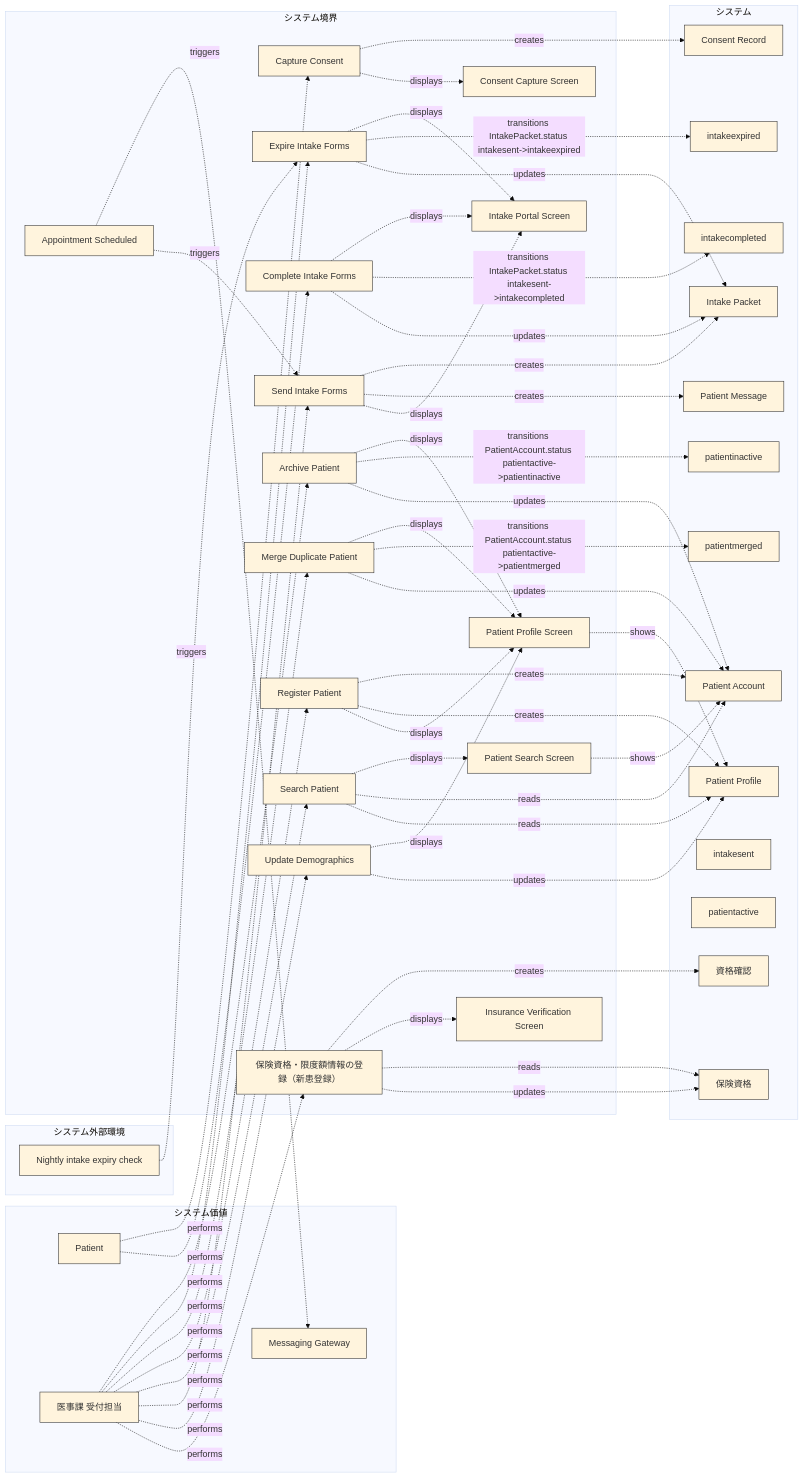
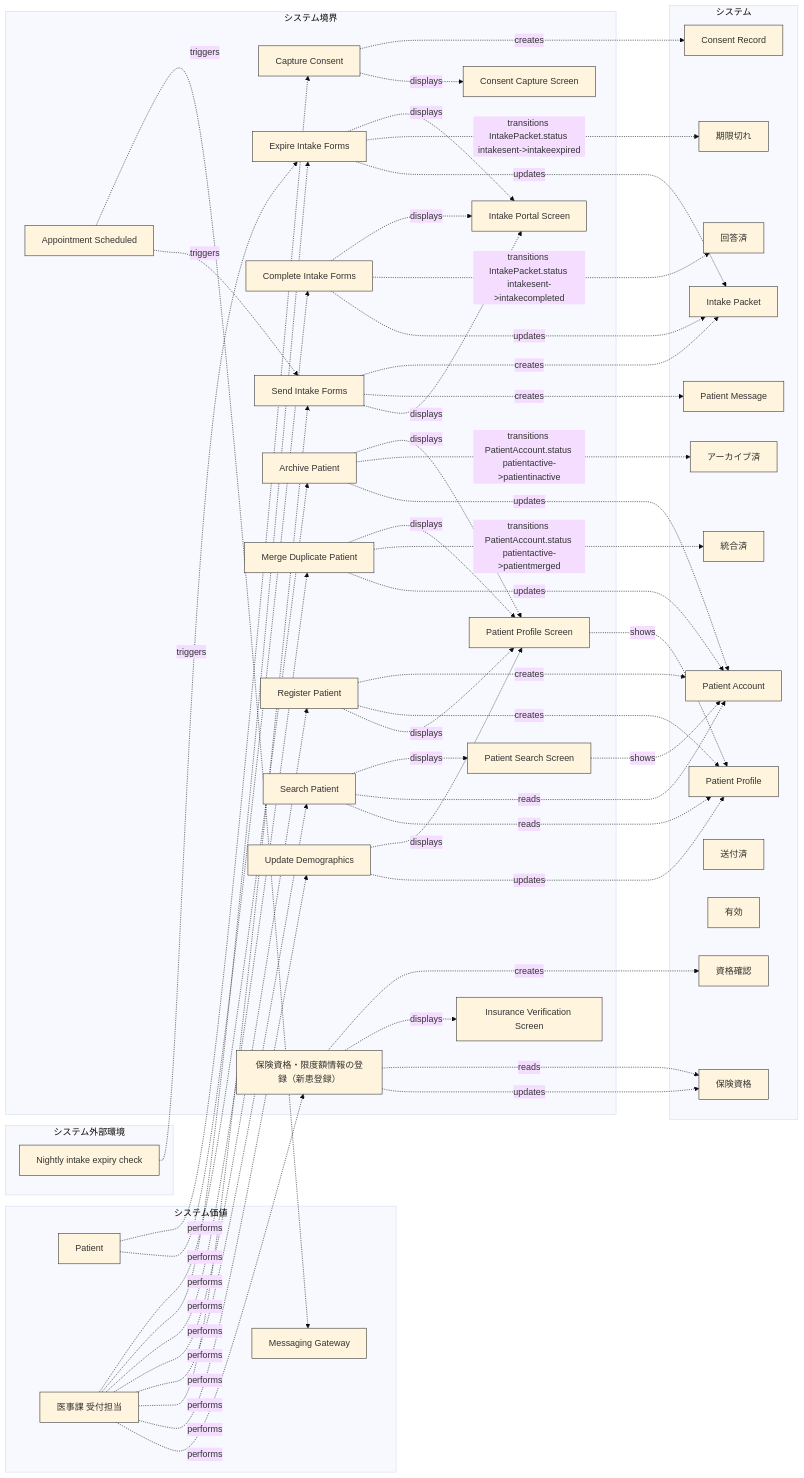
The fifth of 27 diagrams in samples/clinic-ops/design-sample.md (manji-0/rdra-ish-dsl), drawn with Mermaid (base theme) before and after one commit. The commit also changed other lines of this file and 30 other files, not shown here.

```diff
--- a/samples/clinic-ops/design-sample.md
+++ b/samples/clinic-ops/design-sample.md
@@ -587,12 +587,12 @@
     entity__PatientAccount["Patient Account"]:::entity
     entity__PatientMessage["Patient Message"]:::entity
     entity__PatientProfile["Patient Profile"]:::entity
-    state__IntakePacket_intakecompleted["intakecompleted"]:::state
-    state__IntakePacket_intakeexpired["intakeexpired"]:::state
-    state__IntakePacket_intakesent["intakesent"]:::state
-    state__PatientAccount_patientactive["patientactive"]:::state
-    state__PatientAccount_patientinactive["patientinactive"]:::state
-    state__PatientAccount_patientmerged["patientmerged"]:::state
+    state__IntakePacket_intakecompleted["回答済"]:::state
+    state__IntakePacket_intakeexpired["期限切れ"]:::state
+    state__IntakePacket_intakesent["送付済"]:::state
+    state__PatientAccount_patientactive["有効"]:::state
+    state__PatientAccount_patientinactive["アーカイブ済"]:::state
+    state__PatientAccount_patientmerged["統合済"]:::state
   end
   actor__Patient -.->|performs| usecase__CaptureConsent
   actor__Patient -.->|performs| usecase__CompleteIntakeForms
```
